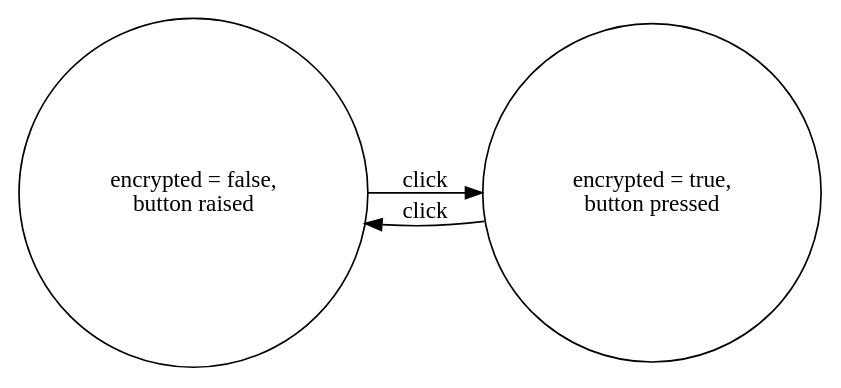
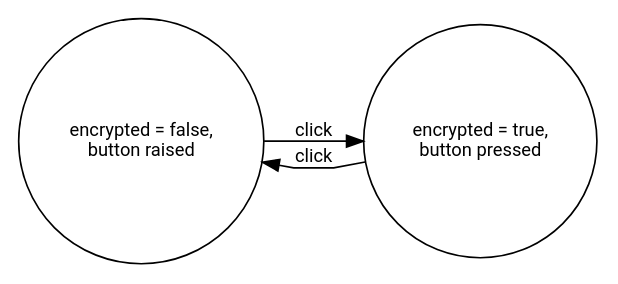
One commit to adrifelt/ux-model-graphs changed the diagram in 01-simple-boolean.dot. Above: the diagram before and after it, drawn with Graphviz. The commit also changed 4 other files, not shown here.

```diff
--- a/01-simple-boolean.dot
+++ b/01-simple-boolean.dot
@@ -1,12 +1,27 @@
 digraph "01-simple-boolean" {
+  splines = polyline;
   rankdir = LR;
   node [
     shape = circle
+    fontname = "Roboto"
+    fontsize = 11
+  ];
+  edge [
+    fontname = "Roboto"
+    fontsize = 11
   ];
 
-  off [ label = "encrypted = false,\nbutton raised" ];
-  on [ label = "encrypted = true,\nbutton pressed" ];
+  off [
+    label = "encrypted = false,\nbutton raised"
+  ];
+  on [
+    label = "encrypted = true,\nbutton pressed"
+  ];
 
-  off -> on [ label = "click" ];
-  on -> off [ label = "click" ];
+  off -> on [
+    label = "click"
+  ];
+  on -> off [
+    label = "click"
+  ];
 }
```
